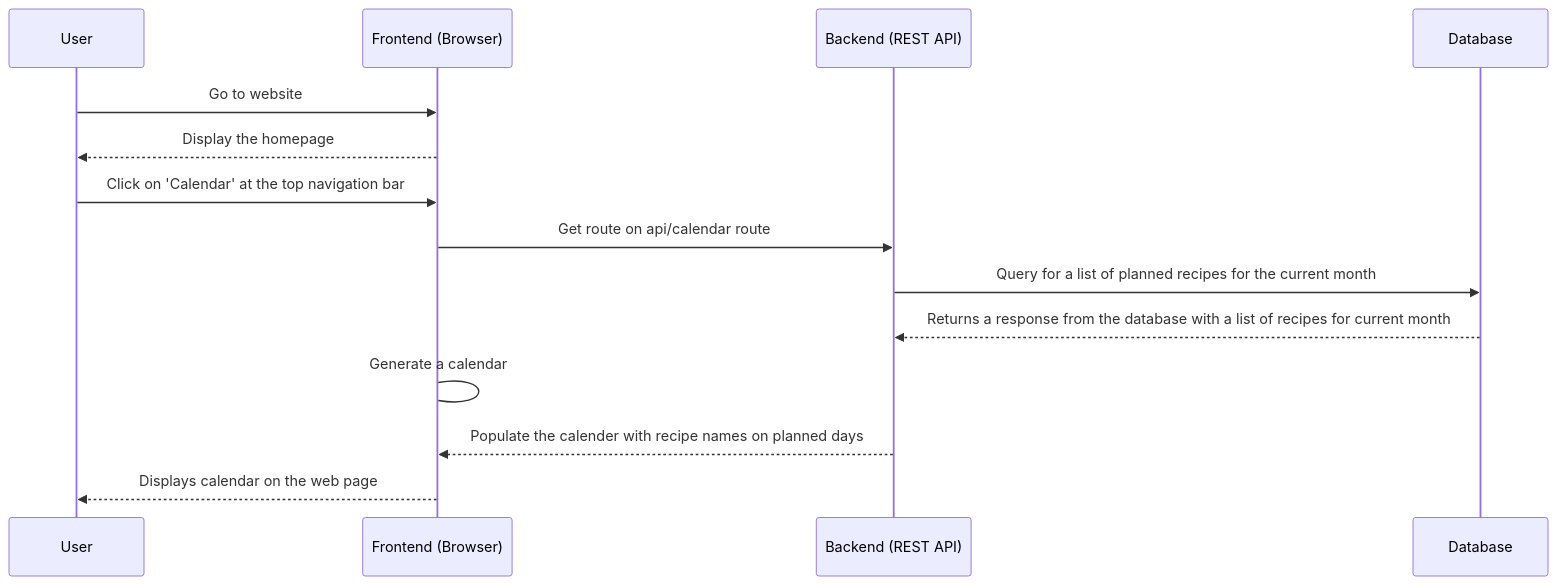
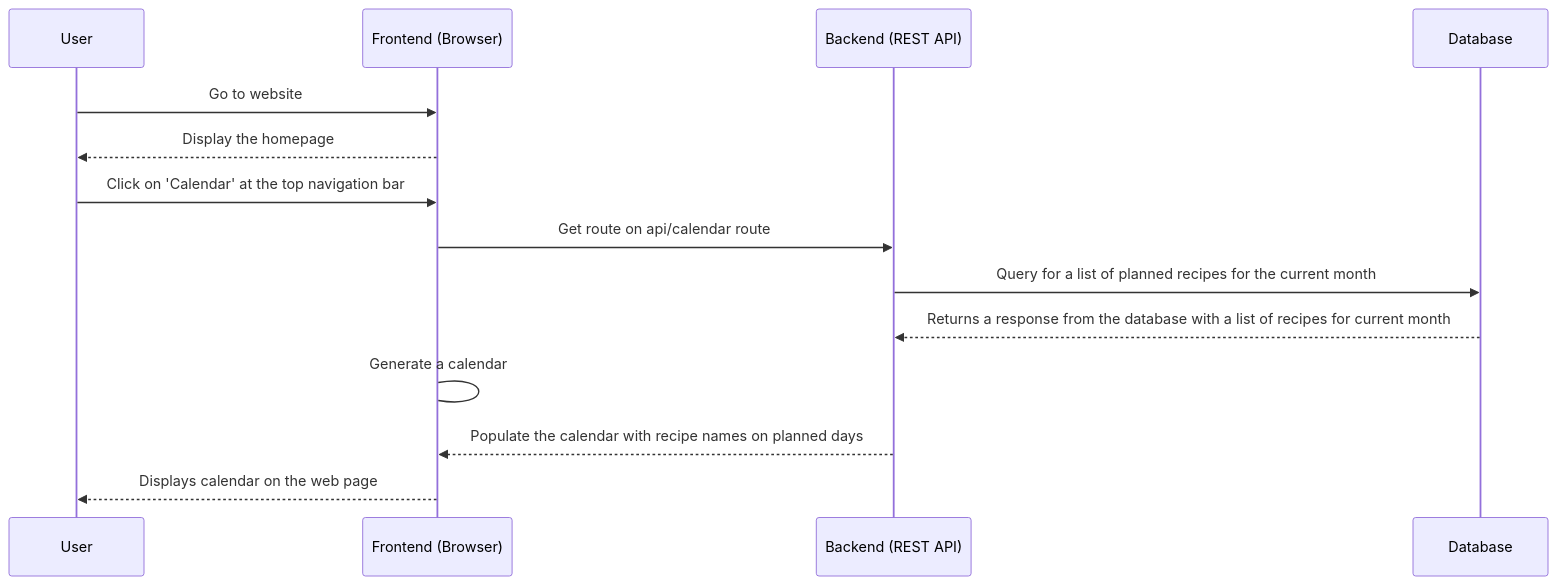
The diagram in documentation/sequence-diagrams/calendar.md (hwbit/PrepPal), drawn with Mermaid before and after one commit. The commit also changed 2 other files, not shown here.

Commit message:
Renamed all calender to calendar

````diff
--- a/documentation/sequence-diagrams/calendar.md
+++ b/documentation/sequence-diagrams/calendar.md
@@ -1,12 +1,12 @@
 ```mermaid
 sequenceDiagram
     User->>Frontend (Browser): Go to website
     Frontend (Browser)-->>User: Display the homepage
     User->>Frontend (Browser): Click on 'Calendar' at the top navigation bar
     Frontend (Browser)->>Backend (REST API): Get route on api/calendar route
     Backend (REST API)->>Database: Query for a list of planned recipes for the current month
     Database-->>Backend (REST API): Returns a response from the database with a list of recipes for current month
     Frontend (Browser)->Frontend (Browser): Generate a calendar
-    Backend (REST API)-->>Frontend (Browser): Populate the calender with recipe names on planned days
+    Backend (REST API)-->>Frontend (Browser): Populate the calendar with recipe names on planned days
     Frontend (Browser)-->>User: Displays calendar on the web page
 ```
````
